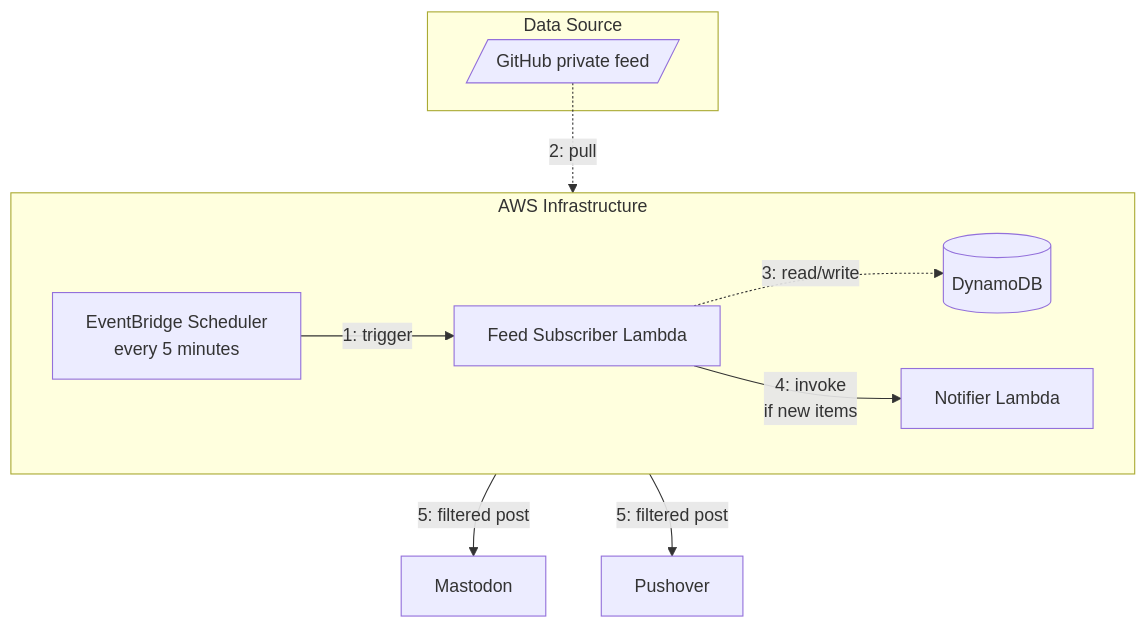
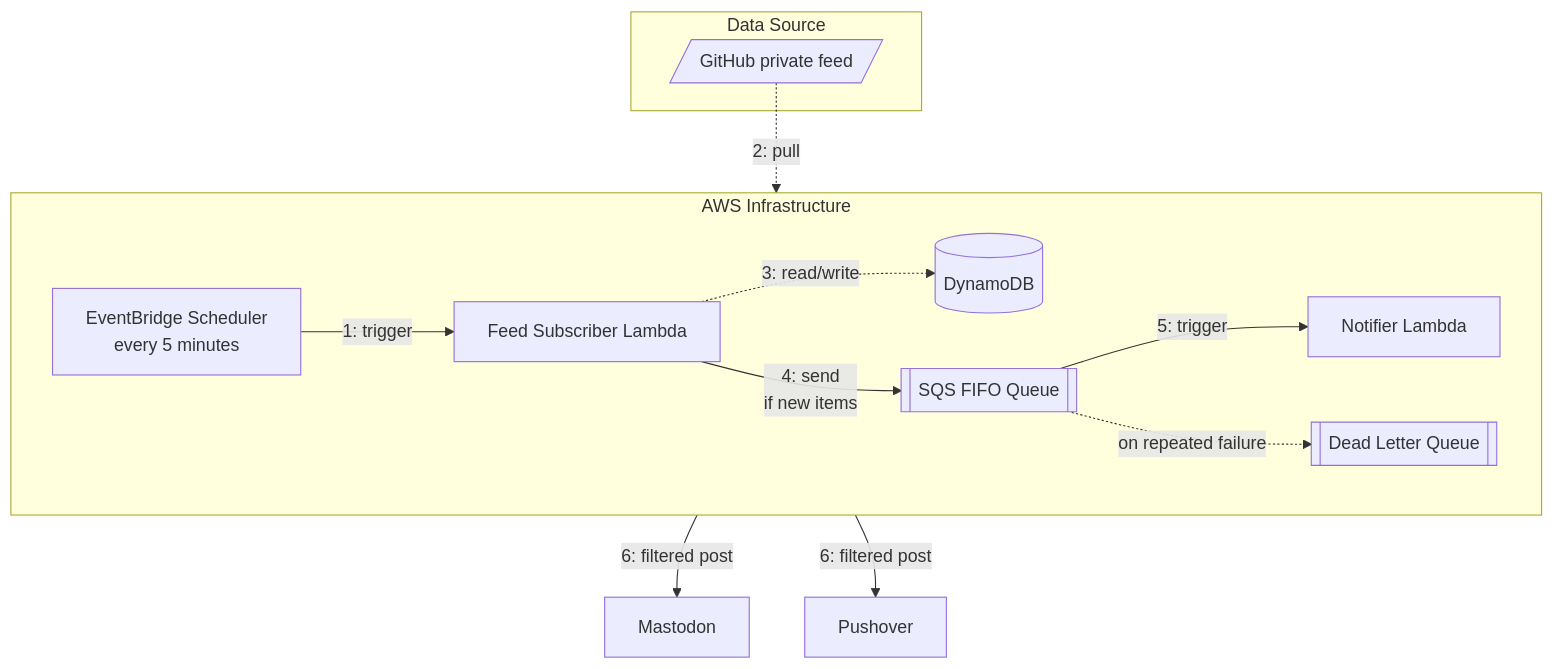
One commit to masutaka/masutaka-feed changed the first of 2 diagrams in README.md. Above: the diagram before and after it, drawn with Mermaid. The commit also changed other lines of this file and 10 other files, not shown here.

First line of the commit message:
feat: Lambda 間の同期呼び出しをやめるため SQS FIFO キューで Subscriber と Notifier をつなぐ

````diff
--- a/README.md
+++ b/README.md
@@ -17,20 +17,22 @@
 ```mermaid
 graph TD
     subgraph "Data Source"
         A[/GitHub private feed/]
     end
 
     subgraph "AWS Infrastructure"
         direction LR
         G[EventBridge Scheduler<br/>every 5 minutes] -->|1: trigger| H[Feed Subscriber Lambda]
         H -.->|3: read/write| I[(DynamoDB)]
-        H -->|4: invoke<br/>if new items| D[Notifier Lambda]
+        H -->|4: send<br/>if new items| Q[[SQS FIFO Queue]]
+        Q -->|5: trigger| D[Notifier Lambda]
+        Q -.->|on repeated failure| X[[Dead Letter Queue]]
     end
 
     E[Mastodon]
     F[Pushover]
 
     A -.->|2: pull| H
-    D -->|5: filtered post| E
-    D -->|5: filtered post| F
+    D -->|6: filtered post| E
+    D -->|6: filtered post| F
 ```
````
